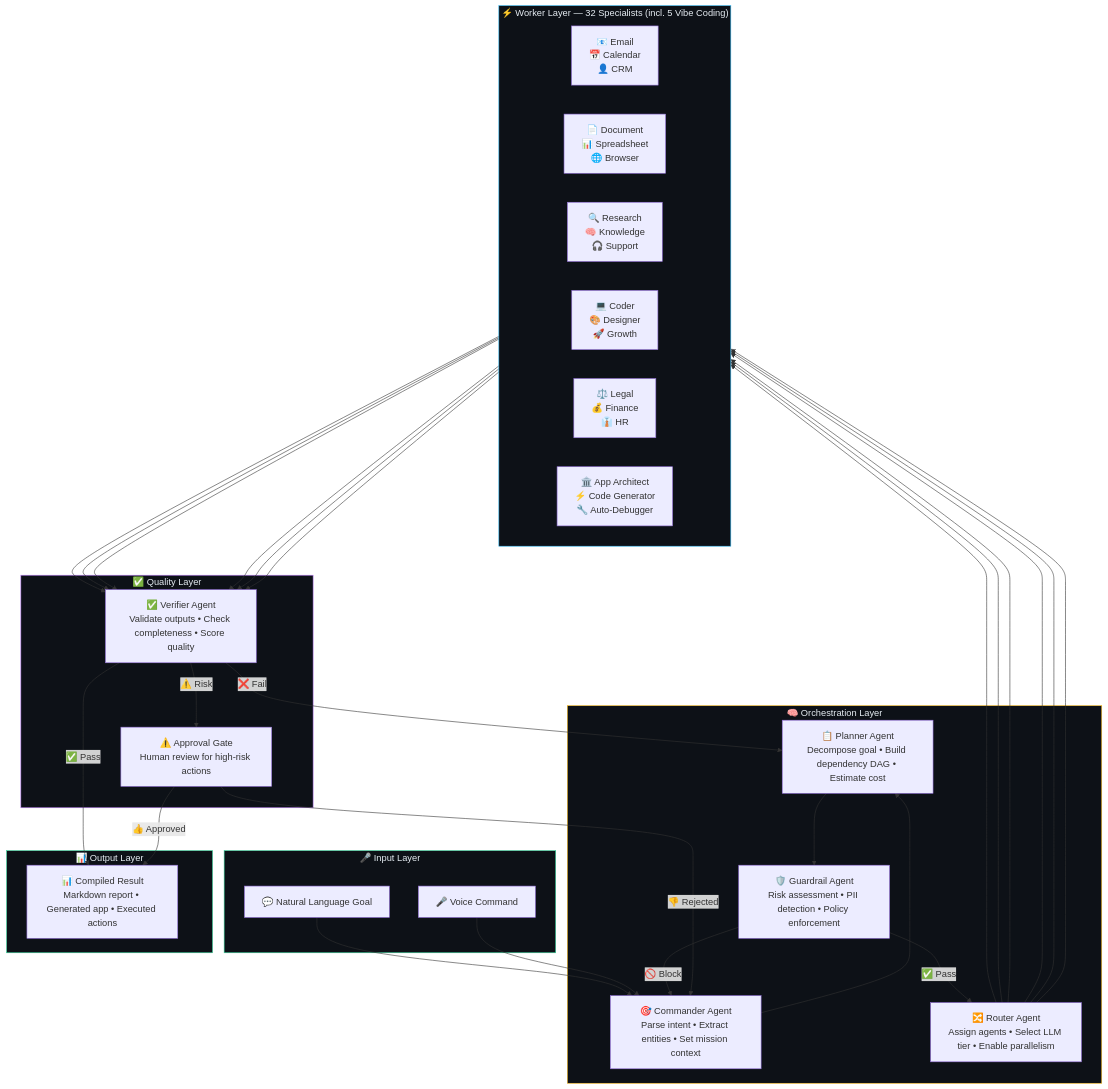
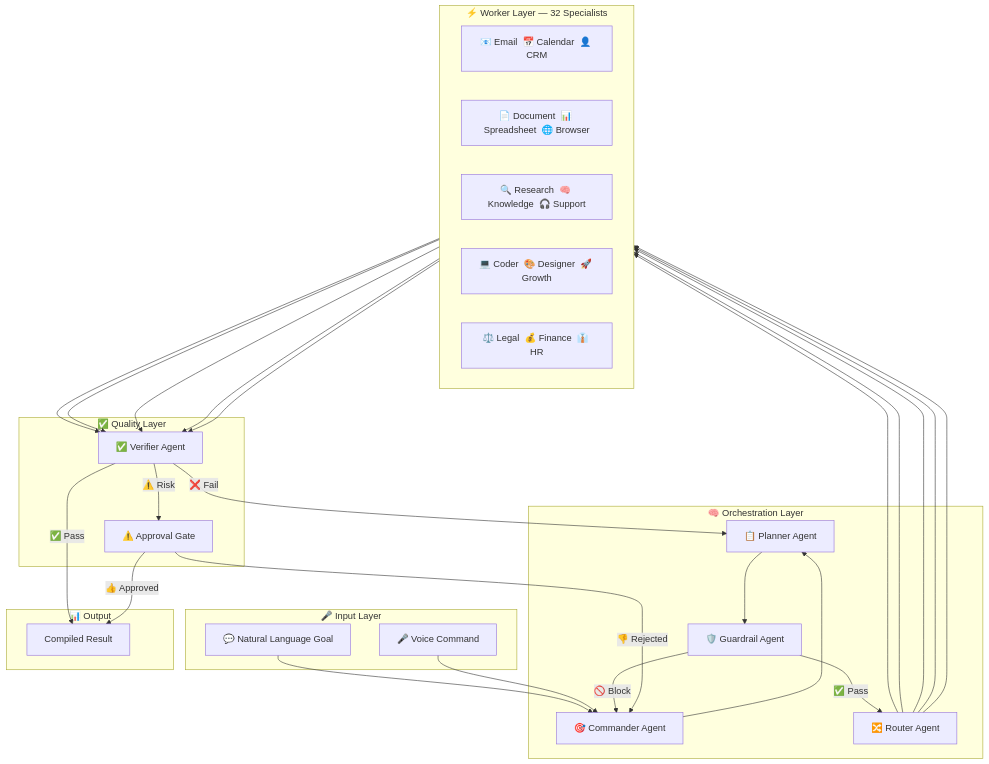
One commit to inbharatai/jak-swarm changed the first of 2 diagrams in README.md. Above: the diagram before and after it, drawn with Mermaid. The commit also changed other lines of this file and 5 other files, not shown here.

First line of the commit message:
docs: restructure README (2027→550 lines), fix ARCHITECTURE.md Gemini contradiction, extract 4 docs

````diff
--- a/README.md
+++ b/README.md
@@ -163,53 +55,45 @@
 ```mermaid
 flowchart TD
     subgraph INPUT["🎤 Input Layer"]
         A["💬 Natural Language Goal"]
         B["🎤 Voice Command"]
     end
 
     subgraph ORCHESTRATION["🧠 Orchestration Layer"]
-        C["🎯 Commander Agent\nParse intent • Extract entities • Set mission context"]
-        D["📋 Planner Agent\nDecompose goal • Build dependency DAG • Estimate cost"]
-        E["🛡️ Guardrail Agent\nRisk assessment • PII detection • Policy enforcement"]
-        F["🔀 Router Agent\nAssign agents • Select LLM tier • Enable parallelism"]
+        C["🎯 Commander Agent"]
+        D["📋 Planner Agent"]
+        E["🛡️ Guardrail Agent"]
+        F["🔀 Router Agent"]
     end
 
-    subgraph WORKERS["⚡ Worker Layer — 32 Specialists (incl. 5 Vibe Coding)"]
+    subgraph WORKERS["⚡ Worker Layer — 32 Specialists"]
         direction LR
-        G["📧 Email\n📅 Calendar\n👤 CRM"]
-        H["📄 Document\n📊 Spreadsheet\n🌐 Browser"]
-        I["🔍 Research\n🧠 Knowledge\n🎧 Support"]
-        J["💻 Coder\n🎨 Designer\n🚀 Growth"]
-        K["⚖️ Legal\n💰 Finance\n👔 HR"]
-        L["🏛️ App Architect\n⚡ Code Generator\n🔧 Auto-Debugger"]
+        G["📧 Email  📅 Calendar  👤 CRM"]
+        H["📄 Document  📊 Spreadsheet  🌐 Browser"]
+        I["🔍 Research  🧠 Knowledge  🎧 Support"]
+        J["💻 Coder  🎨 Designer  🚀 Growth"]
+        K["⚖️ Legal  💰 Finance  👔 HR"]
     end
 
     subgraph VERIFY["✅ Quality Layer"]
-        M["✅ Verifier Agent\nValidate outputs • Check completeness • Score quality"]
-        N["⚠️ Approval Gate\nHuman review for high-risk actions"]
+        M["✅ Verifier Agent"]
+        N["⚠️ Approval Gate"]
     end
 
-    subgraph OUTPUT["📊 Output Layer"]
-        O["📊 Compiled Result\nMarkdown report • Generated app • Executed actions"]
+    subgraph OUTPUT["📊 Output"]
+        O["Compiled Result"]
     end
 
     A --> C
     B --> C
-    C --> D
-    D --> E
+    C --> D --> E
     E -->|"✅ Pass"| F
     E -->|"🚫 Block"| C
-    F --> G & H & I & J & K & L
-    G & H & I & J & K & L --> M
+    F --> G & H & I & J & K
+    G & H & I & J & K --> M
     M -->|"✅ Pass"| O
     M -->|"❌ Fail"| D
     M -->|"⚠️ Risk"| N
     N -->|"👍 Approved"| O
     N -->|"👎 Rejected"| C
-
-    style INPUT fill:#0d1117,stroke:#34d399,color:#e6edf3
-    style ORCHESTRATION fill:#0d1117,stroke:#fbbf24,color:#e6edf3
-    style WORKERS fill:#0d1117,stroke:#38bdf8,color:#e6edf3
-    style VERIFY fill:#0d1117,stroke:#c084fc,color:#e6edf3
-    style OUTPUT fill:#0d1117,stroke:#34d399,color:#e6edf3
 ```
````
